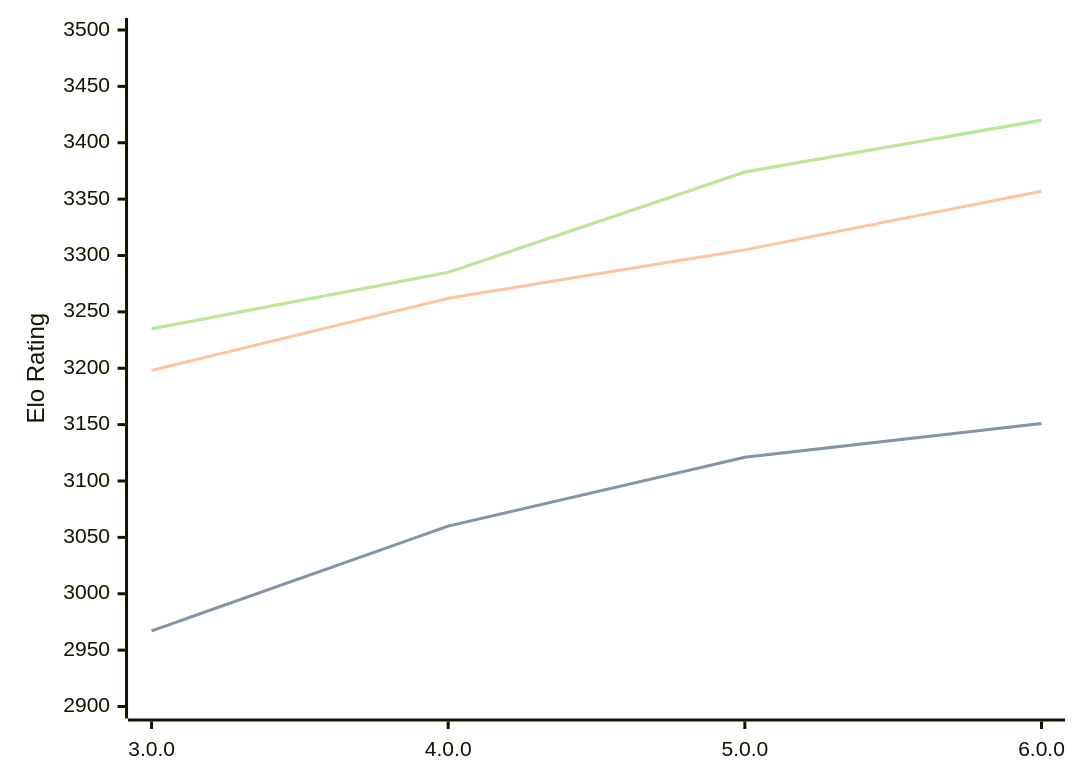
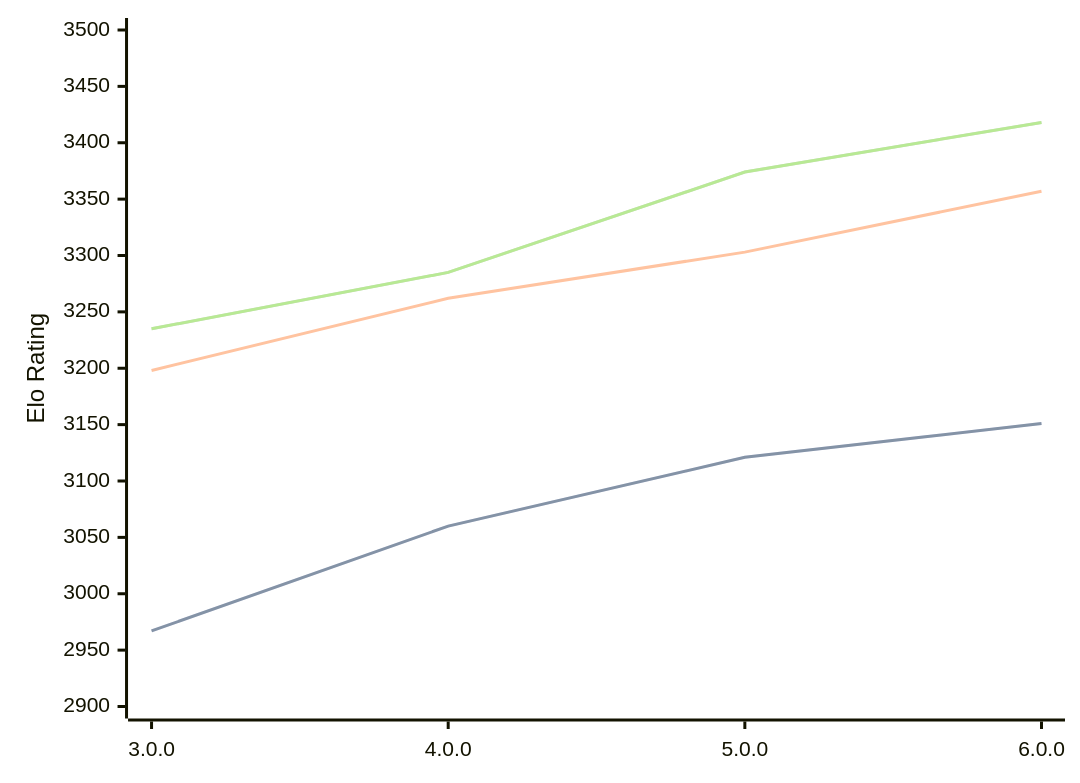
The first of 3 diagrams in engines/Minke.md (computer-chess-index/cci), drawn with Mermaid before and after one commit. The commit also changed other lines of this file, not shown here.

Commit message:
Update CCI Ratings (ELO VLTC) - 2026-07-06

````diff
--- a/engines/Minke.md
+++ b/engines/Minke.md
@@ -36,11 +36,11 @@
 ```mermaid
 %%{init: {"theme":"base","themeVariables":{"seriesColors:['#a3a3a3','#222221','#faa371']}}}%%
 xychart-beta
   x-axis ["3.0.0", "4.0.0", "5.0.0", "6.0.0"]
   y-axis "Elo Rating" 2900 --> 3500
   line "STC (8.0+0.08s)" [2967, 3060, 3121, 3151]
   line "STC (8.0+0.08s)" [2967, 3060, 3121, 3151]
-  line "LTC (60.0+0.60s)" [3198, 3262, 3305, 3357]
-  line "VLTC (2m24s+1.12s)" [3235, 3285, 3374, 3420]
-  line "VLTC (2m24s+1.12s)" [3235, 3285, 3374, 3420]
+  line "LTC (60.0+0.60s)" [3198, 3262, 3303, 3357]
+  line "VLTC (2m24s+1.12s)" [3235, 3285, 3374, 3418]
+  line "VLTC (2m24s+1.12s)" [3235, 3285, 3374, 3418]
 ```
````
